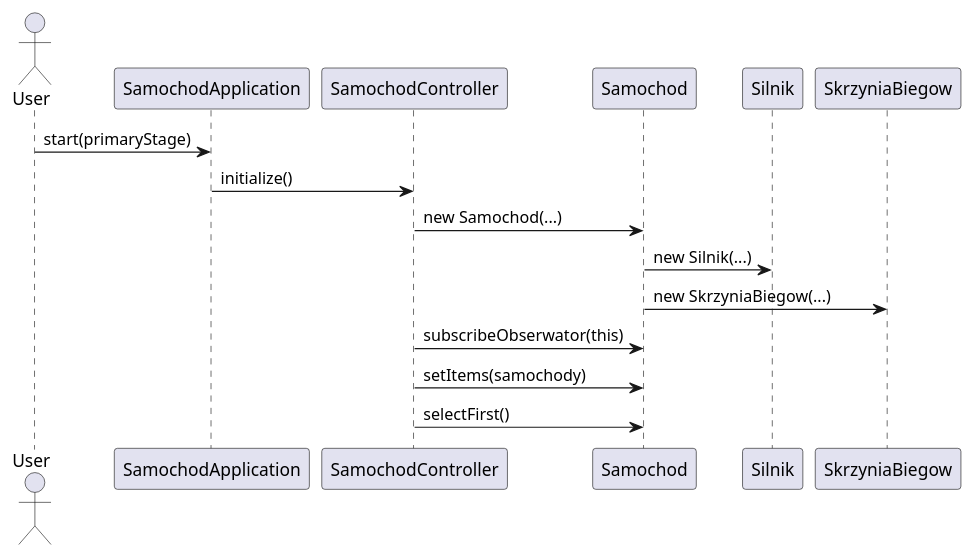
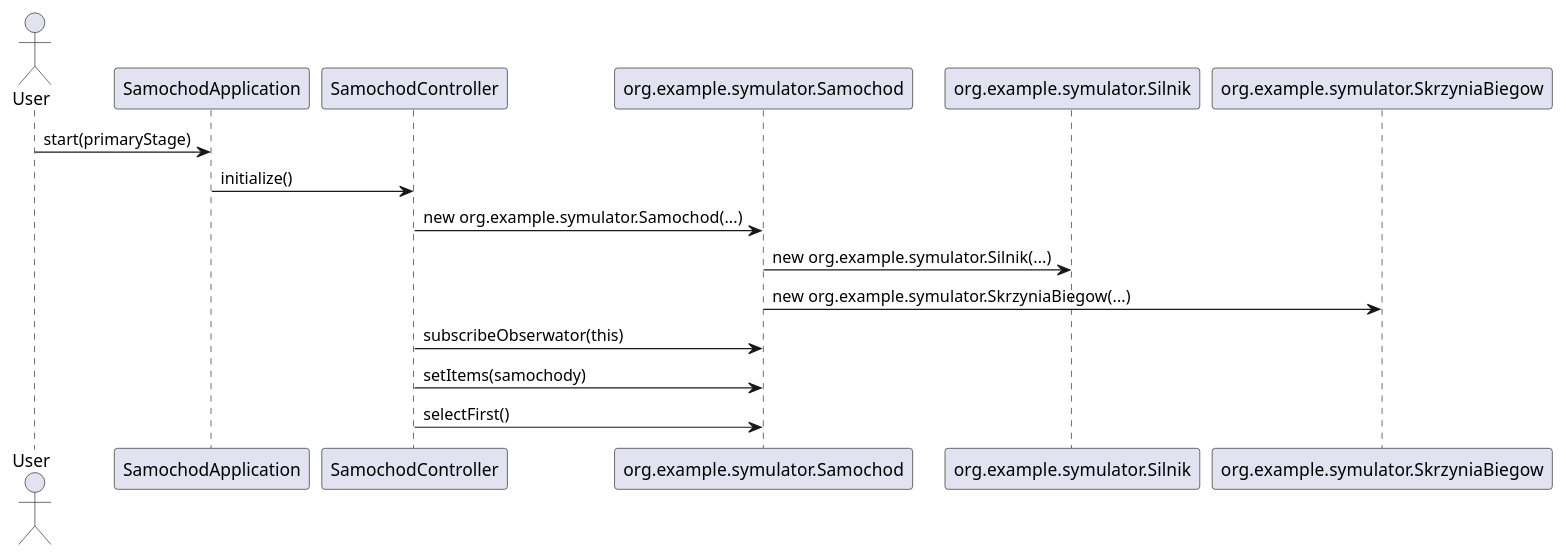
Before and after one commit to L0rak/po2025: the second of 4 diagrams in README.md, drawn with PlantUML. The commit also changed other lines of this file and 34 other files, not shown here.

````diff
--- a/README.md
+++ b/README.md
@@ -148,19 +148,19 @@
 ```plantuml
 @startuml
 actor User
 participant SamochodApplication
 participant SamochodController
-participant Samochod
-participant Silnik
-participant SkrzyniaBiegow
+participant org.example.symulator.Samochod
+participant org.example.symulator.Silnik
+participant org.example.symulator.SkrzyniaBiegow
 
 User -> SamochodApplication: start(primaryStage)
 SamochodApplication -> SamochodController: initialize()
-SamochodController -> Samochod: new Samochod(...)
-Samochod -> Silnik: new Silnik(...)
-Samochod -> SkrzyniaBiegow: new SkrzyniaBiegow(...)
-SamochodController -> Samochod: subscribeObserwator(this)
-SamochodController -> Samochod: setItems(samochody)
-SamochodController -> Samochod: selectFirst()
+SamochodController -> org.example.symulator.Samochod: new org.example.symulator.Samochod(...)
+org.example.symulator.Samochod -> org.example.symulator.Silnik: new org.example.symulator.Silnik(...)
+org.example.symulator.Samochod -> org.example.symulator.SkrzyniaBiegow: new org.example.symulator.SkrzyniaBiegow(...)
+SamochodController -> org.example.symulator.Samochod: subscribeObserwator(this)
+SamochodController -> org.example.symulator.Samochod: setItems(samochody)
+SamochodController -> org.example.symulator.Samochod: selectFirst()
 @enduml
 ```
````
